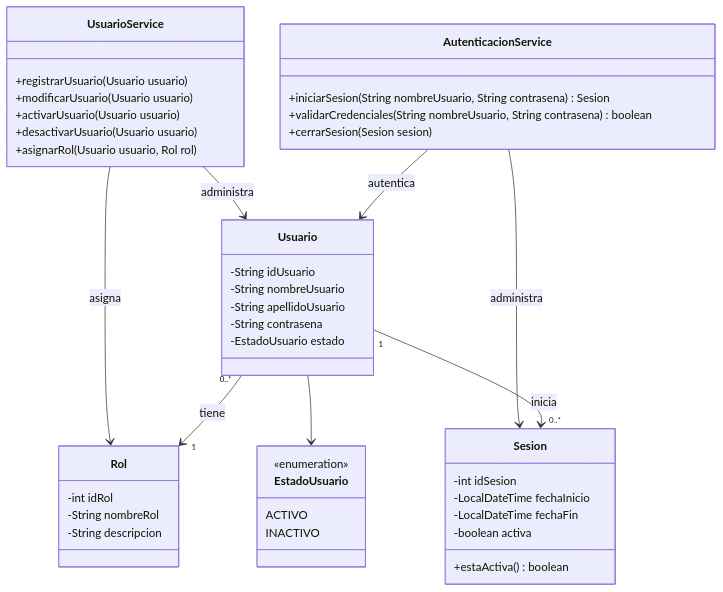
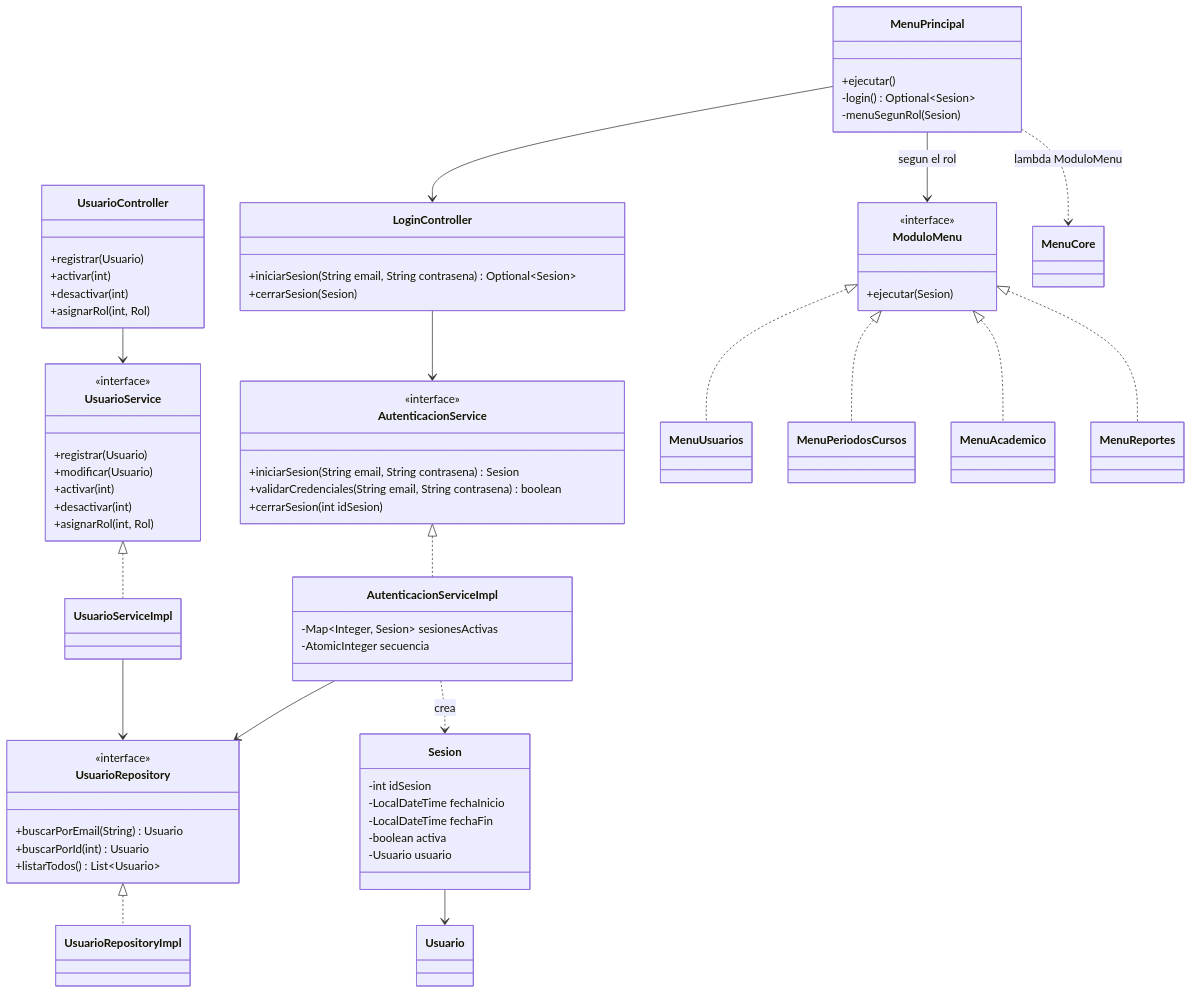
One commit to 2602-Progra-II/prograii-sistema-gestion-academia changed the diagram in docs/uml/04-clases-autenticacion.mmd. Above: the diagram before and after it, drawn with Mermaid. The commit also changed 33 other files, not shown here.

Commit message:
feat: cierre de cartera concurrente, jerarquía de actividades, pruebas, UML y README

```diff
--- a/docs/uml/04-clases-autenticacion.mmd
+++ b/docs/uml/04-clases-autenticacion.mmd
@@ -1,55 +1,86 @@
 classDiagram
+%% Autenticacion, usuarios y menu por rol
 
-class Usuario {
-    -String idUsuario
-    -String nombreUsuario
-    -String apellidoUsuario
-    -String contrasena
-    -EstadoUsuario estado
+class LoginController {
+    +iniciarSesion(String email, String contrasena) Optional~Sesion~
+    +cerrarSesion(Sesion)
 }
 
-class Rol {
-    -int idRol
-    -String nombreRol
-    -String descripcion
+class AutenticacionService {
+    <<interface>>
+    +iniciarSesion(String email, String contrasena) Sesion
+    +validarCredenciales(String email, String contrasena) boolean
+    +cerrarSesion(int idSesion)
 }
+
+class AutenticacionServiceImpl {
+    -Map~Integer, Sesion~ sesionesActivas
+    -AtomicInteger secuencia
+}
+
+class UsuarioController {
+    +registrar(Usuario)
+    +activar(int)
+    +desactivar(int)
+    +asignarRol(int, Rol)
+}
+
+class UsuarioService {
+    <<interface>>
+    +registrar(Usuario)
+    +modificar(Usuario)
+    +activar(int)
+    +desactivar(int)
+    +asignarRol(int, Rol)
+}
+class UsuarioServiceImpl
+
+class UsuarioRepository {
+    <<interface>>
+    +buscarPorEmail(String) Usuario
+    +buscarPorId(int) Usuario
+    +listarTodos() List~Usuario~
+}
+class UsuarioRepositoryImpl
 
 class Sesion {
     -int idSesion
     -LocalDateTime fechaInicio
     -LocalDateTime fechaFin
     -boolean activa
-    +estaActiva() boolean
+    -Usuario usuario
 }
 
-class AutenticacionService {
-    +iniciarSesion(String nombreUsuario, String contrasena) Sesion
-    +validarCredenciales(String nombreUsuario, String contrasena) boolean
-    +cerrarSesion(Sesion sesion)
+class MenuPrincipal {
+    +ejecutar()
+    -login() Optional~Sesion~
+    -menuSegunRol(Sesion)
 }
 
-class UsuarioService {
-    +registrarUsuario(Usuario usuario)
-    +modificarUsuario(Usuario usuario)
-    +activarUsuario(Usuario usuario)
-    +desactivarUsuario(Usuario usuario)
-    +asignarRol(Usuario usuario, Rol rol)
+class ModuloMenu {
+    <<interface>>
+    +ejecutar(Sesion)
 }
+class MenuUsuarios
+class MenuPeriodosCursos
+class MenuAcademico
+class MenuReportes
+class MenuCore
 
-class EstadoUsuario {
-    <<enumeration>>
-    ACTIVO
-    INACTIVO
-}
+LoginController --> AutenticacionService
+AutenticacionService <|.. AutenticacionServiceImpl
+AutenticacionServiceImpl --> UsuarioRepository
+AutenticacionServiceImpl ..> Sesion : crea
+UsuarioController --> UsuarioService
+UsuarioService <|.. UsuarioServiceImpl
+UsuarioServiceImpl --> UsuarioRepository
+UsuarioRepository <|.. UsuarioRepositoryImpl
+Sesion --> Usuario
 
-Usuario "0..*" --> "1" Rol : tiene
-
-Usuario "1" --> "0..*" Sesion : inicia
-
-AutenticacionService --> Usuario : autentica
-AutenticacionService --> Sesion : administra
-
-UsuarioService --> Usuario : administra
-UsuarioService --> Rol : asigna
-
-Usuario --> EstadoUsuario
+MenuPrincipal --> LoginController
+MenuPrincipal --> ModuloMenu : segun el rol
+ModuloMenu <|.. MenuUsuarios
+ModuloMenu <|.. MenuPeriodosCursos
+ModuloMenu <|.. MenuAcademico
+ModuloMenu <|.. MenuReportes
+MenuPrincipal ..> MenuCore : lambda ModuloMenu
```
